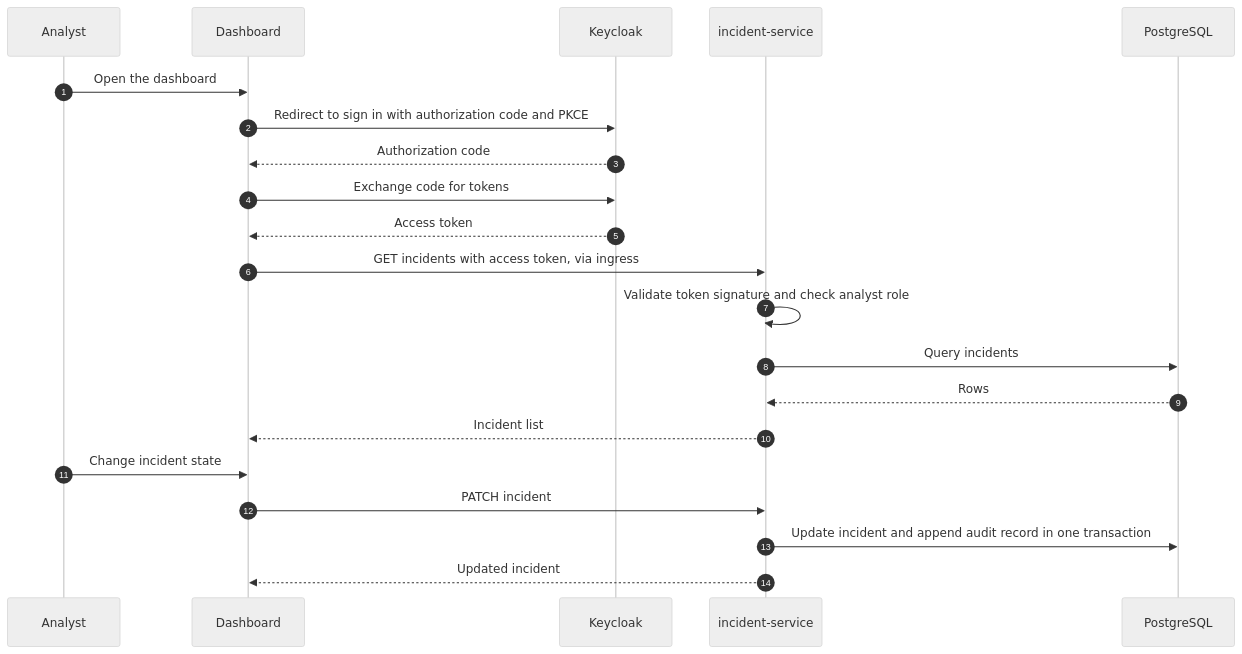
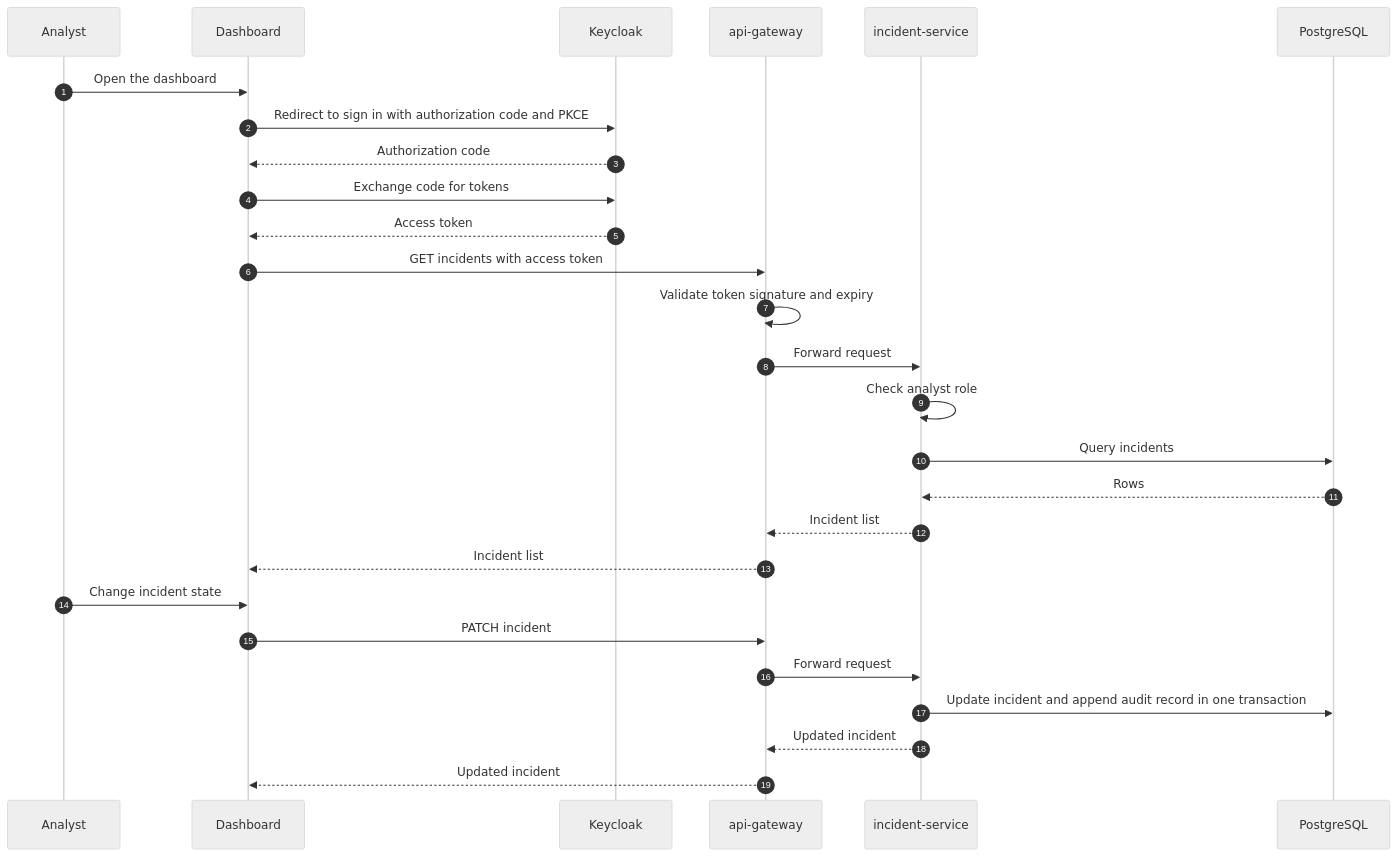
The fifth of 7 diagrams in ARCHITECTURE.md (SecOpsCore/docs), drawn with Mermaid (neutral theme) before and after one commit. The commit also changed other lines of this file, not shown here.

Commit message:
docs: update ARCHITECTURE

````diff
--- a/ARCHITECTURE.md
+++ b/ARCHITECTURE.md
@@ -349,24 +361,30 @@
 ```mermaid
 sequenceDiagram
     autonumber
     participant ANA as Analyst
     participant DSH as Dashboard
     participant KC as Keycloak
+    participant GW as api-gateway
     participant INC as incident-service
     participant PG as PostgreSQL
 
     ANA->>DSH: Open the dashboard
     DSH->>KC: Redirect to sign in with authorization code and PKCE
     KC-->>DSH: Authorization code
     DSH->>KC: Exchange code for tokens
     KC-->>DSH: Access token
-    DSH->>INC: GET incidents with access token, via ingress
-    INC->>INC: Validate token signature and check analyst role
+    DSH->>GW: GET incidents with access token
+    GW->>GW: Validate token signature and expiry
+    GW->>INC: Forward request
+    INC->>INC: Check analyst role
     INC->>PG: Query incidents
     PG-->>INC: Rows
-    INC-->>DSH: Incident list
+    INC-->>GW: Incident list
+    GW-->>DSH: Incident list
     ANA->>DSH: Change incident state
-    DSH->>INC: PATCH incident
+    DSH->>GW: PATCH incident
+    GW->>INC: Forward request
     INC->>PG: Update incident and append audit record in one transaction
-    INC-->>DSH: Updated incident
+    INC-->>GW: Updated incident
+    GW-->>DSH: Updated incident
 ```
````
